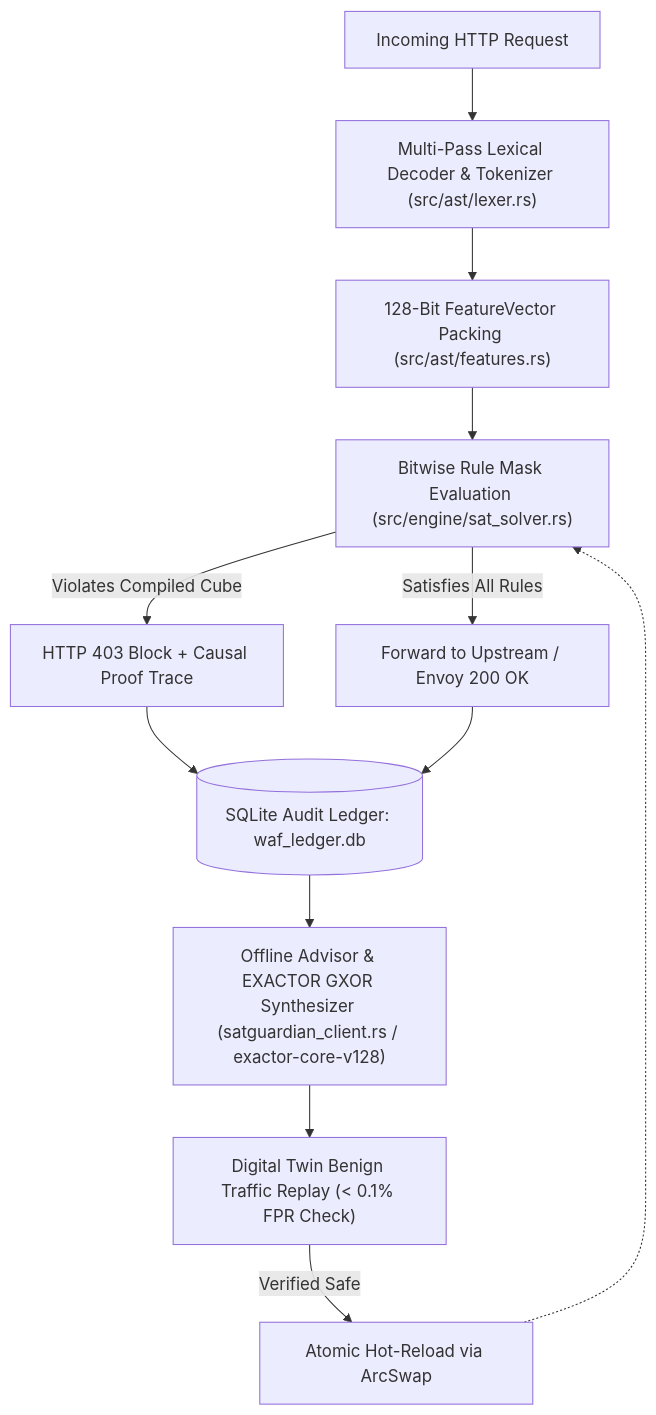
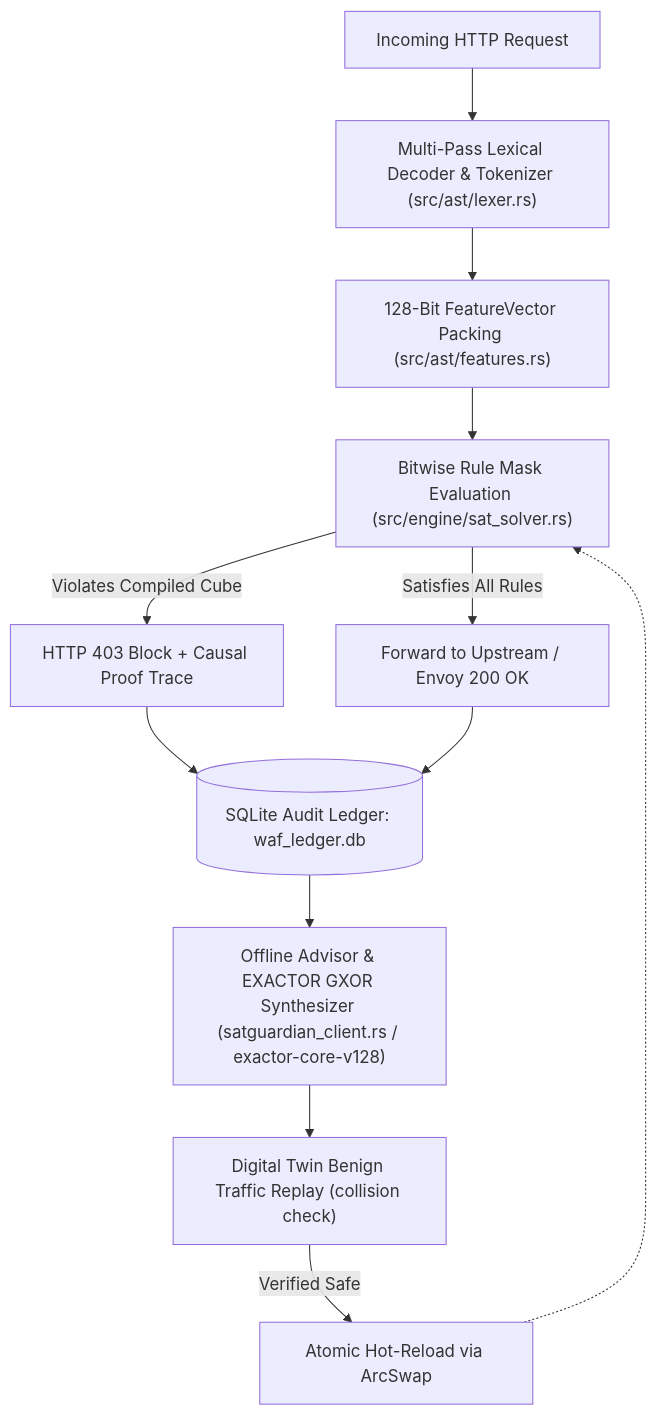
One commit to ExactorResearch/satguardian changed the diagram in ARCHITECTURE.md. Above: the diagram before and after it, drawn with Mermaid. The commit also changed other lines of this file and 94 other files, not shown here.

````diff
--- a/ARCHITECTURE.md
+++ b/ARCHITECTURE.md
@@ -16,14 +21,14 @@
 ```mermaid
 flowchart TD
     A["Incoming HTTP Request"] --> B["Multi-Pass Lexical Decoder & Tokenizer (src/ast/lexer.rs)"]
     B --> C["128-Bit FeatureVector Packing (src/ast/features.rs)"]
     C --> D["Bitwise Rule Mask Evaluation (src/engine/sat_solver.rs)"]
     D -- "Violates Compiled Cube" --> E["HTTP 403 Block + Causal Proof Trace"]
     D -- "Satisfies All Rules" --> F["Forward to Upstream / Envoy 200 OK"]
     E --> G[("SQLite Audit Ledger: waf_ledger.db")]
     F --> G
     G --> H["Offline Advisor & EXACTOR GXOR Synthesizer (satguardian_client.rs / exactor-core-v128)"]
-    H --> I["Digital Twin Benign Traffic Replay (< 0.1% FPR Check)"]
+    H --> I["Digital Twin Benign Traffic Replay (collision check)"]
     I -- "Verified Safe" --> J["Atomic Hot-Reload via ArcSwap"]
     J -.-> D
 ```
````
